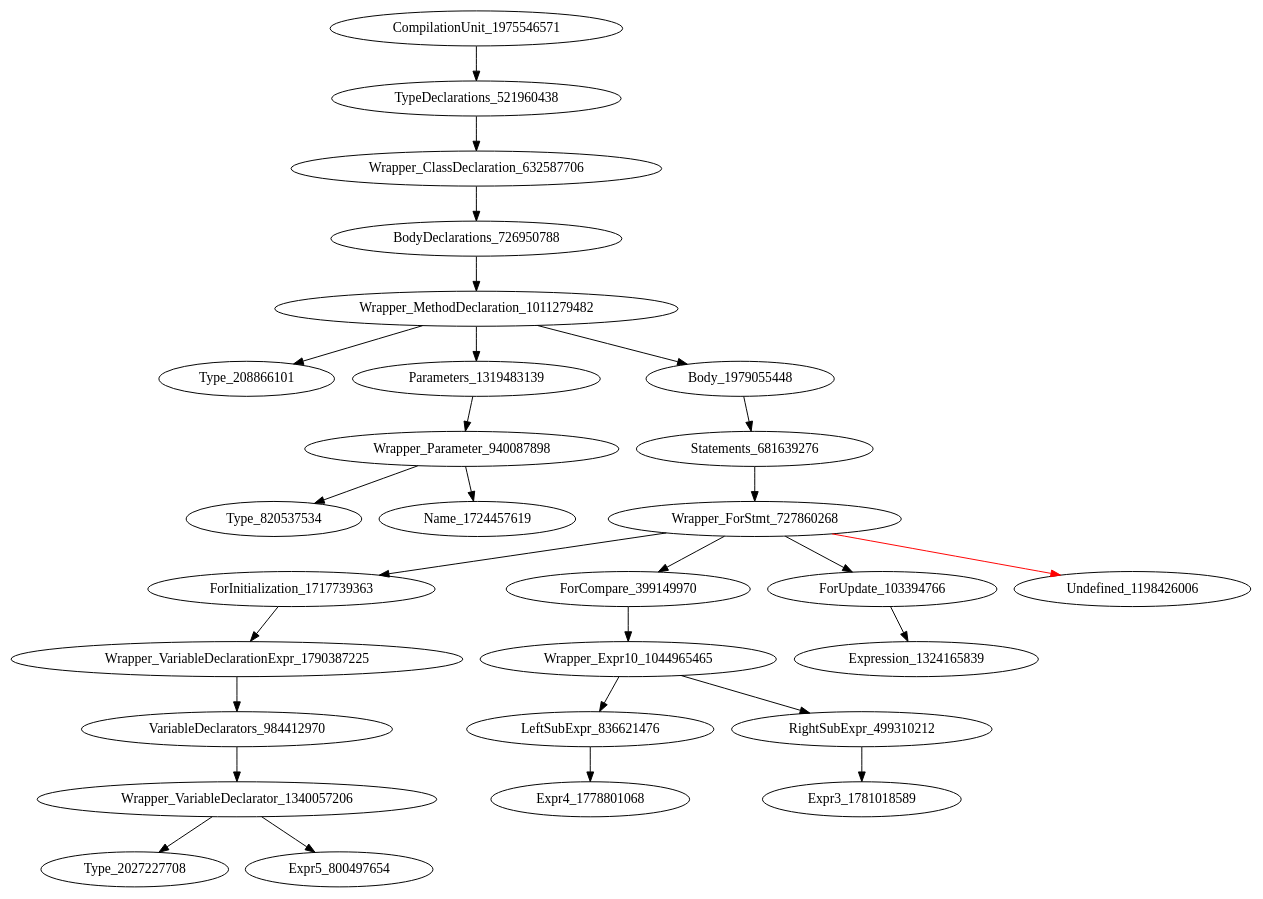
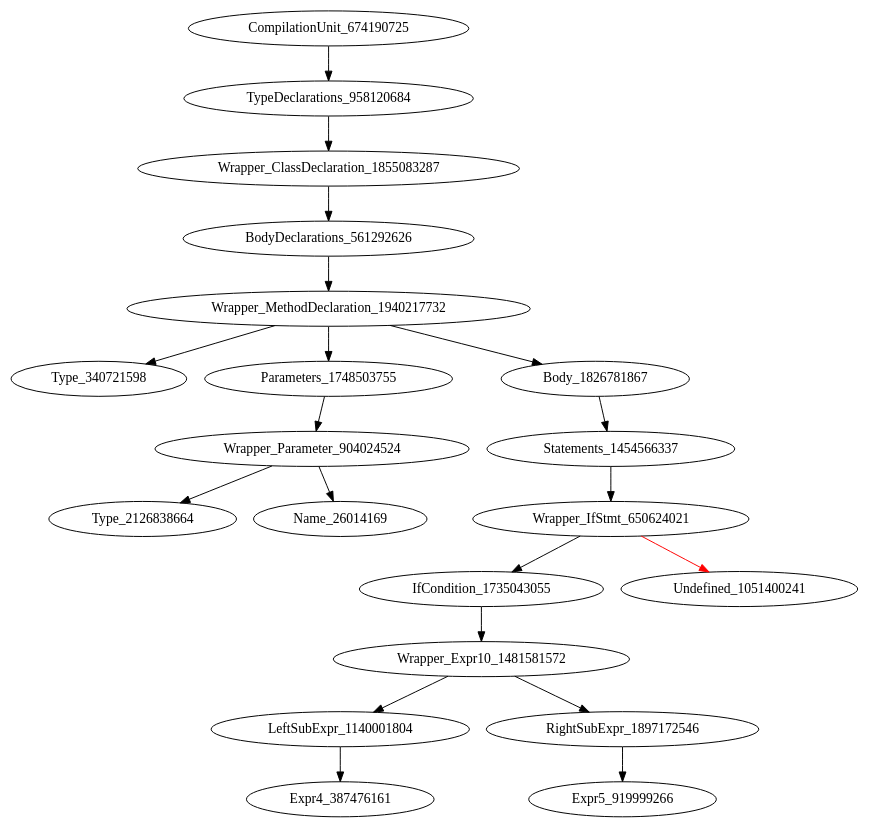
One commit to icse2023material/VoiceJava changed the diagram in holeAST.dot. Above: the diagram before and after it, drawn with Graphviz. The commit also changed 29 other files, not shown here.

Commit message:
[fix] 拆分define modifier? type variable name 完成

```diff
--- a/holeAST.dot
+++ b/holeAST.dot
@@ -1,29 +1,21 @@
 digraph {
-CompilationUnit_1975546571 -> TypeDeclarations_521960438
-TypeDeclarations_521960438 -> Wrapper_ClassDeclaration_632587706
-Wrapper_ClassDeclaration_632587706 -> BodyDeclarations_726950788
-BodyDeclarations_726950788 -> Wrapper_MethodDeclaration_1011279482
-Wrapper_MethodDeclaration_1011279482 -> Type_208866101
-Wrapper_MethodDeclaration_1011279482 -> Parameters_1319483139
-Wrapper_MethodDeclaration_1011279482 -> Body_1979055448
-Parameters_1319483139 -> Wrapper_Parameter_940087898
-Body_1979055448 -> Statements_681639276
-Wrapper_Parameter_940087898 -> Type_820537534
-Wrapper_Parameter_940087898 -> Name_1724457619
-Statements_681639276 -> Wrapper_ForStmt_727860268
-Wrapper_ForStmt_727860268 -> ForInitialization_1717739363
-Wrapper_ForStmt_727860268 -> ForCompare_399149970
-Wrapper_ForStmt_727860268 -> ForUpdate_103394766
-Wrapper_ForStmt_727860268 -> Undefined_1198426006 [color = red] 
-ForInitialization_1717739363 -> Wrapper_VariableDeclarationExpr_1790387225
-ForCompare_399149970 -> Wrapper_Expr10_1044965465
-ForUpdate_103394766 -> Expression_1324165839
-Wrapper_VariableDeclarationExpr_1790387225 -> VariableDeclarators_984412970
-Wrapper_Expr10_1044965465 -> LeftSubExpr_836621476
-Wrapper_Expr10_1044965465 -> RightSubExpr_499310212
-VariableDeclarators_984412970 -> Wrapper_VariableDeclarator_1340057206
-LeftSubExpr_836621476 -> Expr4_1778801068
-RightSubExpr_499310212 -> Expr3_1781018589
-Wrapper_VariableDeclarator_1340057206 -> Type_2027227708
-Wrapper_VariableDeclarator_1340057206 -> Expr5_800497654
+CompilationUnit_674190725 -> TypeDeclarations_958120684
+TypeDeclarations_958120684 -> Wrapper_ClassDeclaration_1855083287
+Wrapper_ClassDeclaration_1855083287 -> BodyDeclarations_561292626
+BodyDeclarations_561292626 -> Wrapper_MethodDeclaration_1940217732
+Wrapper_MethodDeclaration_1940217732 -> Type_340721598
+Wrapper_MethodDeclaration_1940217732 -> Parameters_1748503755
+Wrapper_MethodDeclaration_1940217732 -> Body_1826781867
+Parameters_1748503755 -> Wrapper_Parameter_904024524
+Body_1826781867 -> Statements_1454566337
+Wrapper_Parameter_904024524 -> Type_2126838664
+Wrapper_Parameter_904024524 -> Name_26014169
+Statements_1454566337 -> Wrapper_IfStmt_650624021
+Wrapper_IfStmt_650624021 -> IfCondition_1735043055
+Wrapper_IfStmt_650624021 -> Undefined_1051400241 [color = red] 
+IfCondition_1735043055 -> Wrapper_Expr10_1481581572
+Wrapper_Expr10_1481581572 -> LeftSubExpr_1140001804
+Wrapper_Expr10_1481581572 -> RightSubExpr_1897172546
+LeftSubExpr_1140001804 -> Expr4_387476161
+RightSubExpr_1897172546 -> Expr5_919999266
 }
```
